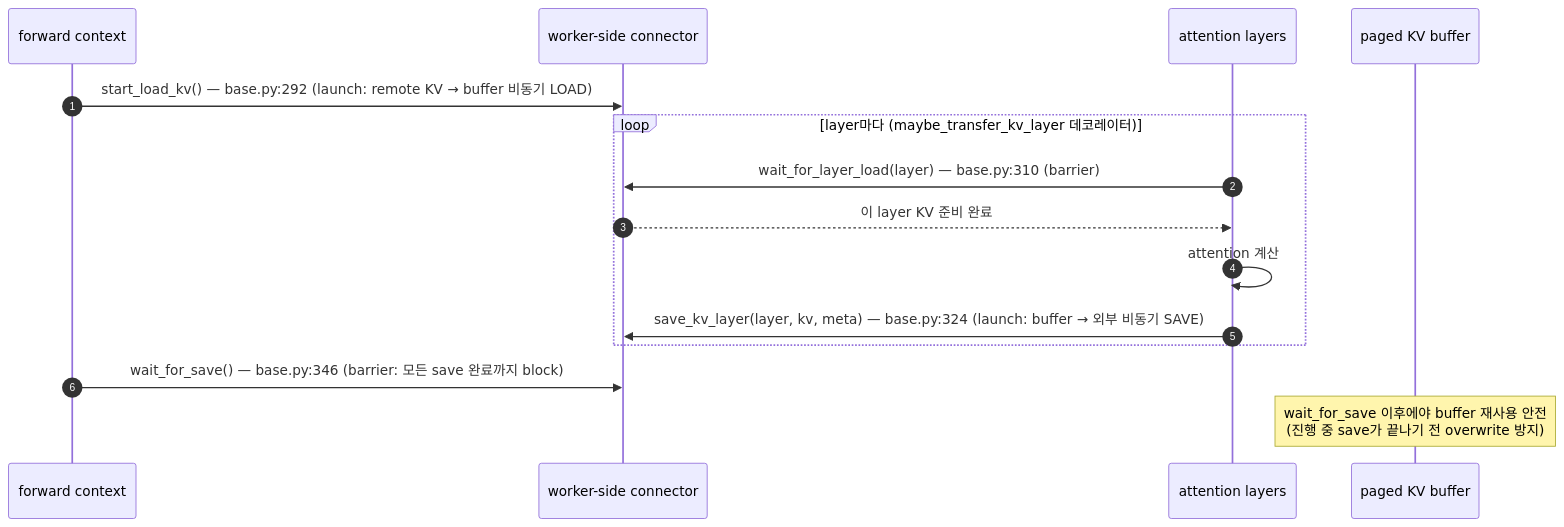
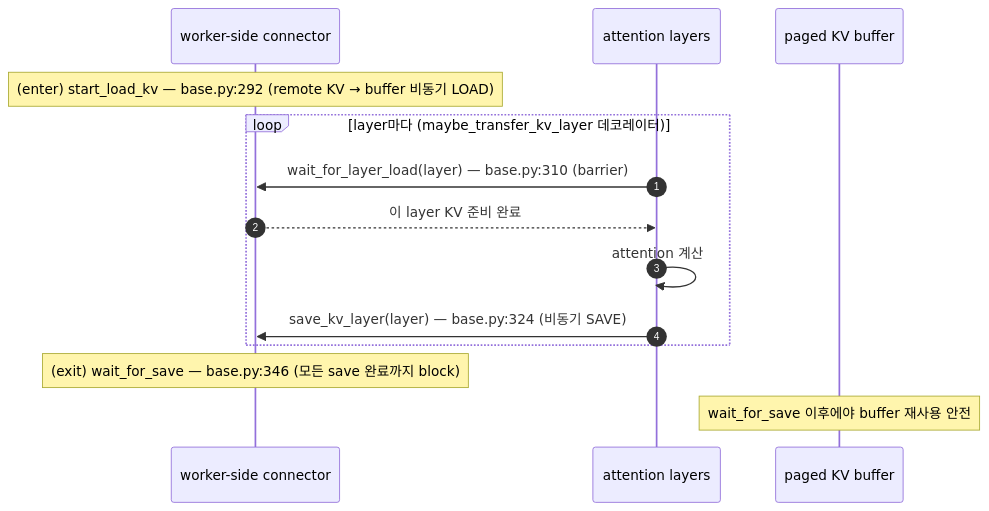
One commit to bobsiunn/vllm-study changed the fourth of 10 diagrams in docs/study/v1_pd_connector_communication_ko.md. Above: the diagram before and after it, drawn with Mermaid. The commit also changed other lines of this file and 2 other files, not shown here.

First line of the commit message:
docs: add worker component flow note; refocus PD §4 on scheduler↔worker interaction

````diff
--- a/docs/study/v1_pd_connector_communication_ko.md
+++ b/docs/study/v1_pd_connector_communication_ko.md
@@ -106,18 +117,17 @@
 ```mermaid
 sequenceDiagram
     autonumber
-    participant FC as forward context
     participant W as worker-side connector
     participant Attn as attention layers
     participant Buf as paged KV buffer
 
-    FC->>W: start_load_kv() — base.py:292 (launch: remote KV → buffer 비동기 LOAD)
+    Note over W: (enter) start_load_kv — base.py:292 (remote KV → buffer 비동기 LOAD)
     loop layer마다 (maybe_transfer_kv_layer 데코레이터)
         Attn->>W: wait_for_layer_load(layer) — base.py:310 (barrier)
         W-->>Attn: 이 layer KV 준비 완료
         Attn->>Attn: attention 계산
-        Attn->>W: save_kv_layer(layer, kv, meta) — base.py:324 (launch: buffer → 외부 비동기 SAVE)
+        Attn->>W: save_kv_layer(layer) — base.py:324 (비동기 SAVE)
     end
-    FC->>W: wait_for_save() — base.py:346 (barrier: 모든 save 완료까지 block)
-    Note over Buf: wait_for_save 이후에야 buffer 재사용 안전<br/>(진행 중 save가 끝나기 전 overwrite 방지)
+    Note over W: (exit) wait_for_save — base.py:346 (모든 save 완료까지 block)
+    Note over Buf: wait_for_save 이후에야 buffer 재사용 안전
 ```
````
